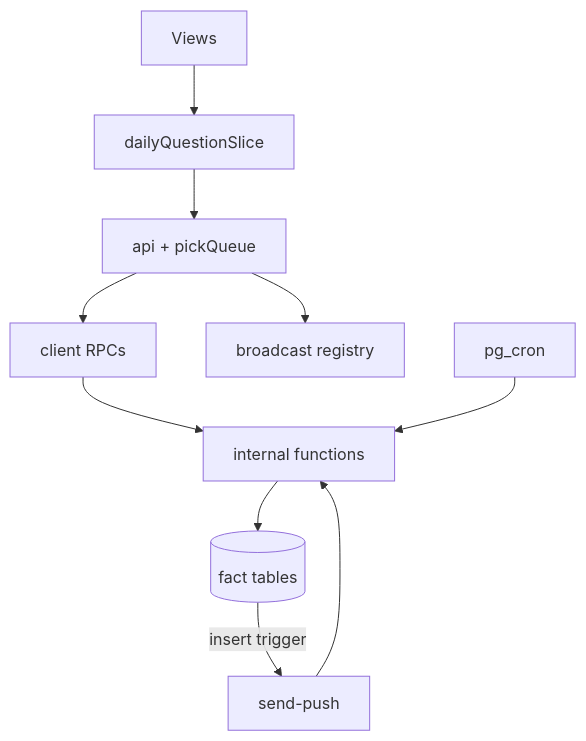
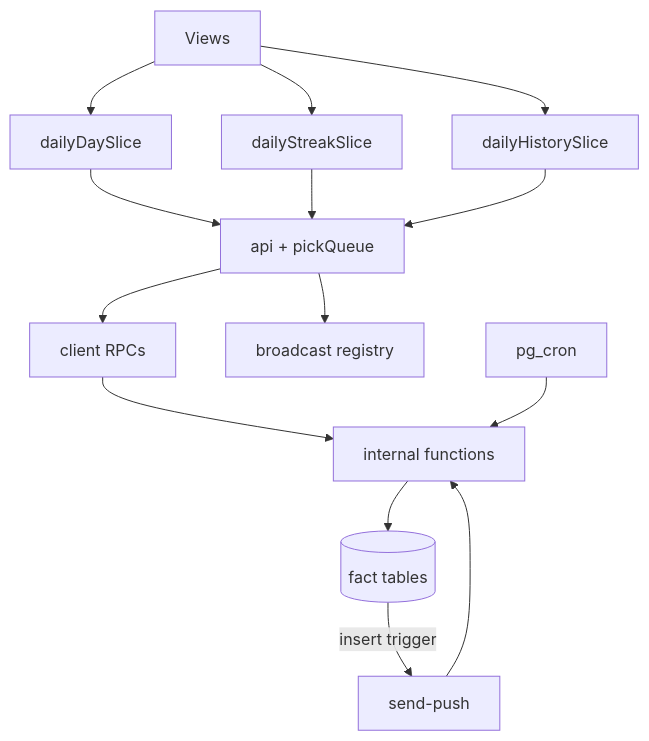
The first of 3 diagrams in _bmad-output/initiative-my-love/architecture-daily-question/architecture-daily-question.md (Sallvainian/My-Love), drawn with Mermaid before and after one commit. The commit also changed other lines of this file, not shown here.

First line of the commit message:
docs(architecture): settle epic 8's pushes, nudge and slice split in the spine

````diff
--- a/_bmad-output/initiative-my-love/architecture-daily-question/architecture-daily-question.md
+++ b/_bmad-output/initiative-my-love/architecture-daily-question/architecture-daily-question.md
@@ -32,12 +32,16 @@
 ```mermaid
 flowchart TD
-  V[Views] --> S[dailyQuestionSlice]
-  S --> A[api + pickQueue]
+  V[Views] --> SD[dailyDaySlice]
+  V --> SS[dailyStreakSlice]
+  V --> SH[dailyHistorySlice]
+  SD --> A[api + pickQueue]
+  SS --> A
+  SH --> A
   A --> R[client RPCs]
   A --> B[broadcast registry]
   R --> I[internal functions]
   I --> F[(fact tables)]
   CR[pg_cron] --> I
   F -->|insert trigger| SP[send-push]
   SP --> I
 ```
````
